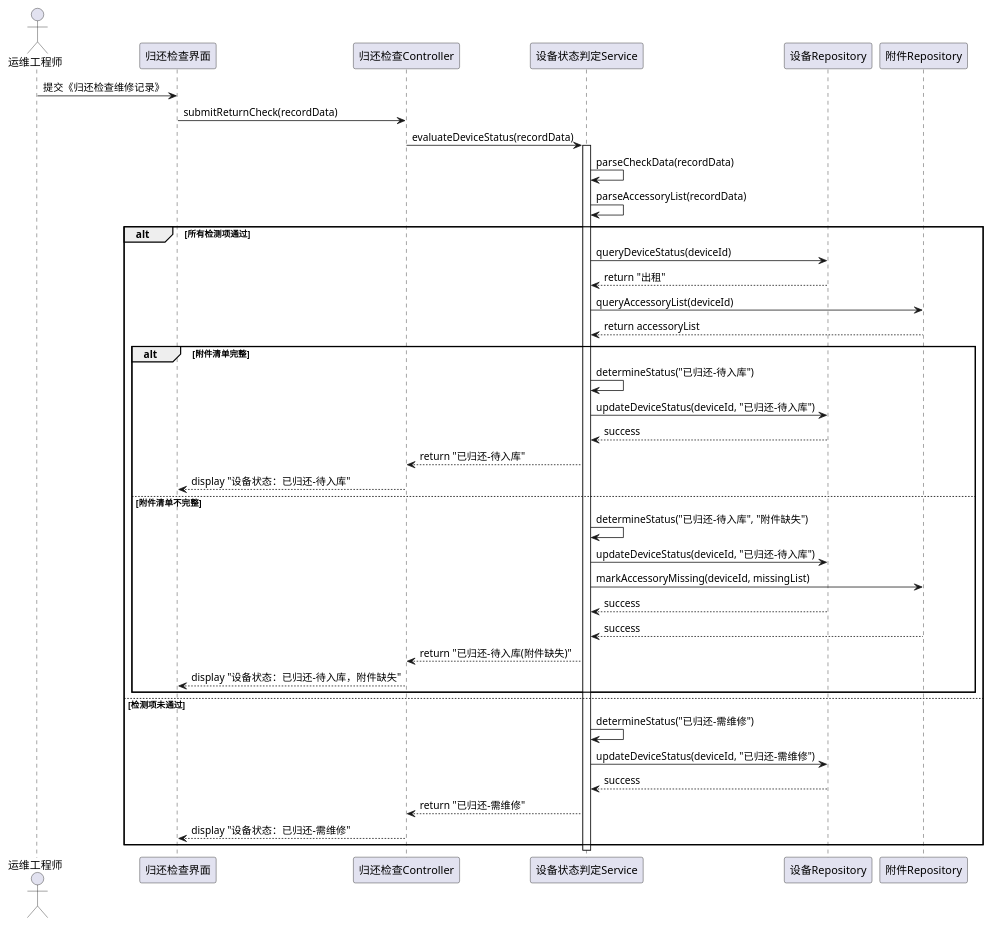
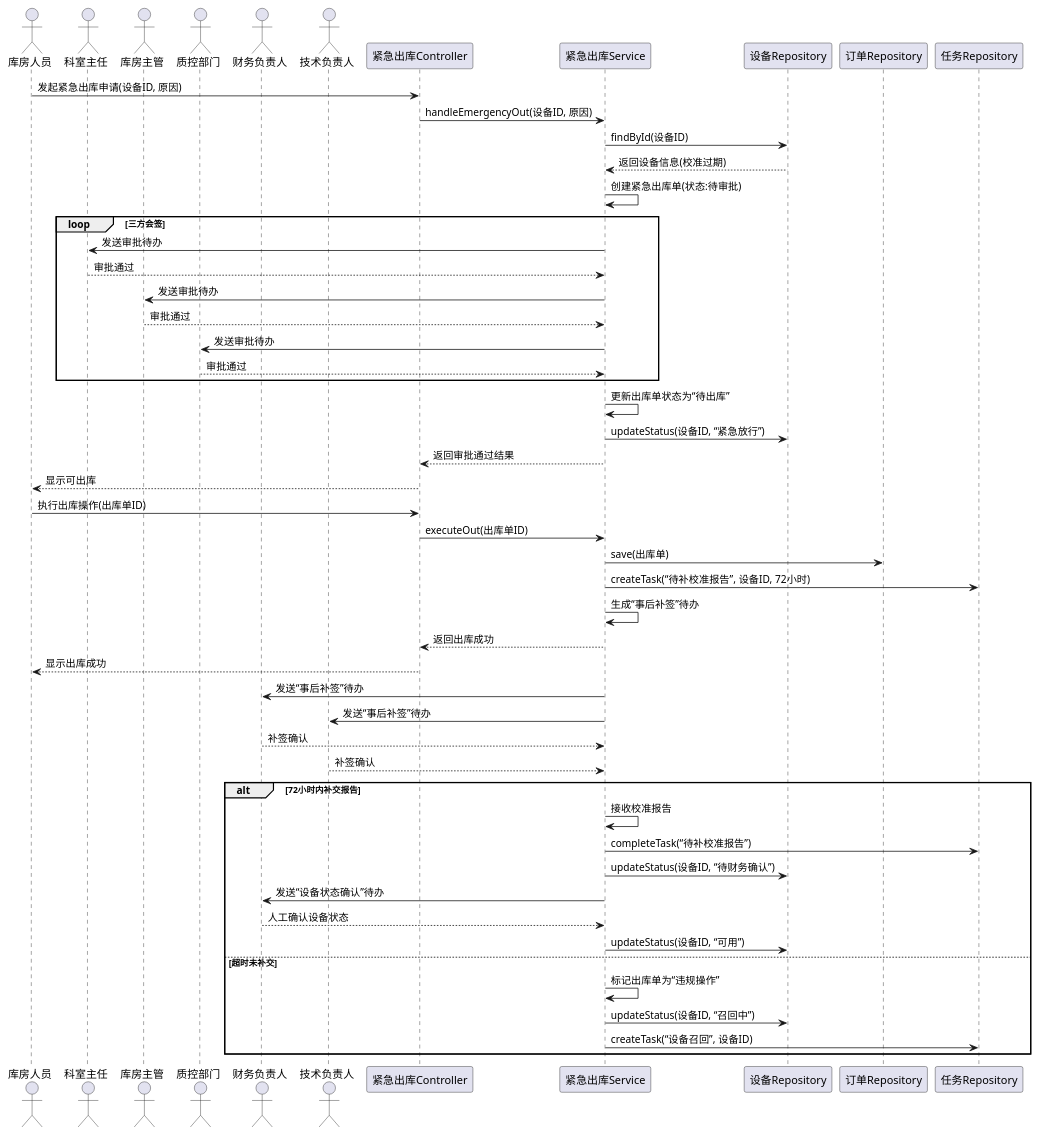
Before and after one commit to JiangHuanzhen/medical-device-rental-system: the fourth of 5 diagrams in .claude/knowledge-base/wiki/summaries/行为模型图-20260626-v2.puml, drawn with PlantUML. The commit also changed other lines of this file and 223 other files, not shown here.

```diff
--- a/.claude/knowledge-base/wiki/summaries/行为模型图-20260626-v2.puml
+++ b/.claude/knowledge-base/wiki/summaries/行为模型图-20260626-v2.puml
@@ -139,47 +172,61 @@
 @startuml
-actor "运维工程师" as Operator
-participant "归还检查界面" as UI
-participant "归还检查Controller" as Controller
-participant "设备状态判定Service" as Service
+actor "库房人员" as KF
+actor "科室主任" as KS
+actor "库房主管" as KFZ
+actor "质控部门" as ZK
+actor "财务负责人" as CW
+actor "技术负责人" as JS
+participant "紧急出库Controller" as Controller
+participant "紧急出库Service" as Service
 participant "设备Repository" as DeviceRepo
-participant "附件Repository" as AccessoryRepo
+participant "订单Repository" as OrderRepo
+participant "任务Repository" as TaskRepo
 
-Operator -> UI: 提交《归还检查维修记录》
-UI -> Controller: submitReturnCheck(recordData)
-Controller -> Service: evaluateDeviceStatus(recordData)
-activate Service
+KF -> Controller: 发起紧急出库申请(设备ID, 原因)
+Controller -> Service: handleEmergencyOut(设备ID, 原因)
+Service -> DeviceRepo: findById(设备ID)
+DeviceRepo --> Service: 返回设备信息(校准过期)
+Service -> Service: 创建紧急出库单(状态:待审批)
 
-Service -> Service: parseCheckData(recordData)
-Service -> Service: parseAccessoryList(recordData)
+loop 三方会签
+  Service -> KS: 发送审批待办
+  KS --> Service: 审批通过
+  Service -> KFZ: 发送审批待办
+  KFZ --> Service: 审批通过
+  Service -> ZK: 发送审批待办
+  ZK --> Service: 审批通过
+end
 
-alt 所有检测项通过
-    Service -> DeviceRepo: queryDeviceStatus(deviceId)
-    DeviceRepo --> Service: return "出租"
-    Service -> AccessoryRepo: queryAccessoryList(deviceId)
-    AccessoryRepo --> Service: return accessoryList
+Service -> Service: 更新出库单状态为“待出库”
+Service -> DeviceRepo: updateStatus(设备ID, “紧急放行”)
+Service --> Controller: 返回审批通过结果
+Controller --> KF: 显示可出库
 
-    alt 附件清单完整
-        Service -> Service: determineStatus("已归还-待入库")
-        Service -> DeviceRepo: updateDeviceStatus(deviceId, "已归还-待入库")
-        DeviceRepo --> Service: success
-        Service --> Controller: return "已归还-待入库"
-        Controller --> UI: display "设备状态：已归还-待入库"
-    else 附件清单不完整
-        Service -> Service: determineStatus("已归还-待入库", "附件缺失")
-        Service -> DeviceRepo: updateDeviceStatus(deviceId, "已归还-待入库")
-        Service -> AccessoryRepo: markAccessoryMissing(deviceId, missingList)
-        DeviceRepo --> Service: success
-        AccessoryRepo --> Service: success
-        Service --> Controller: return "已归还-待入库(附件缺失)"
-        Controller --> UI: display "设备状态：已归还-待入库，附件缺失"
-    end
-else 检测项未通过
-    Service -> Service: determineStatus("已归还-需维修")
-    Service -> DeviceRepo: updateDeviceStatus(deviceId, "已归还-需维修")
-    DeviceRepo --> Service: success
-    Service --> Controller: return "已归还-需维修"
-    Controller --> UI: display "设备状态：已归还-需维修"
+KF -> Controller: 执行出库操作(出库单ID)
+Controller -> Service: executeOut(出库单ID)
+Service -> OrderRepo: save(出库单)
+Service -> TaskRepo: createTask(“待补校准报告”, 设备ID, 72小时)
+Service -> Service: 生成“事后补签”待办
+Service --> Controller: 返回出库成功
+Controller --> KF: 显示出库成功
+
+Service -> CW: 发送“事后补签”待办
+Service -> JS: 发送“事后补签”待办
+CW --> Service: 补签确认
+JS --> Service: 补签确认
+
+alt 72小时内补交报告
+  Service -> Service: 接收校准报告
+  Service -> TaskRepo: completeTask(“待补校准报告”)
+  Service -> DeviceRepo: updateStatus(设备ID, “待财务确认”)
+  Service -> CW: 发送“设备状态确认”待办
+  CW --> Service: 人工确认设备状态
+  Service -> DeviceRepo: updateStatus(设备ID, “可用”)
+else 超时未补交
+  Service -> Service: 标记出库单为“违规操作”
+  Service -> DeviceRepo: updateStatus(设备ID, “召回中”)
+  Service -> TaskRepo: createTask(“设备召回”, 设备ID)
 end
-deactivate Service
+
 
 @enduml
```
